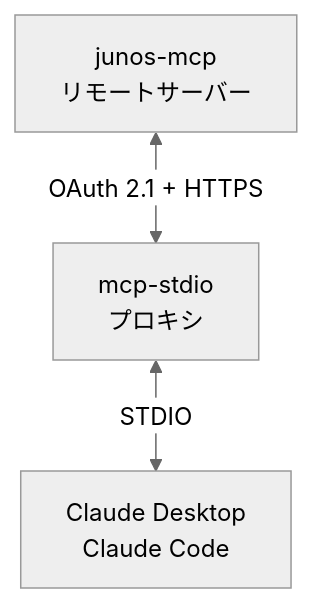
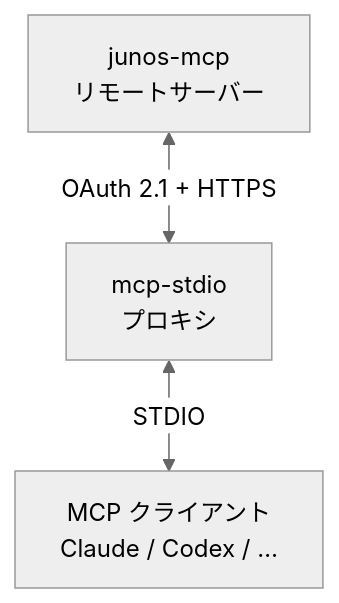
One commit to shigechika/junos-mcp changed the diagram in README.ja.md. Above: the diagram before and after it, drawn with Mermaid (neutral theme). The commit also changed other lines of this file and 5 other files, not shown here.

First line of the commit message:
docs: show junos-mcp works with non-Claude MCP clients (Codex) (#104)

````diff
--- a/README.ja.md
+++ b/README.ja.md
@@ -291,5 +303,5 @@
 ```mermaid
 graph TB
     A[junos-mcp<br/>リモートサーバー] <-- "OAuth 2.1 + HTTPS" --> B[mcp-stdio<br/>プロキシ]
-    B <-- "STDIO" --> C[Claude Desktop<br/>Claude Code]
+    B <-- "STDIO" --> C[MCP クライアント<br/>Claude / Codex / …]
 ```
````
